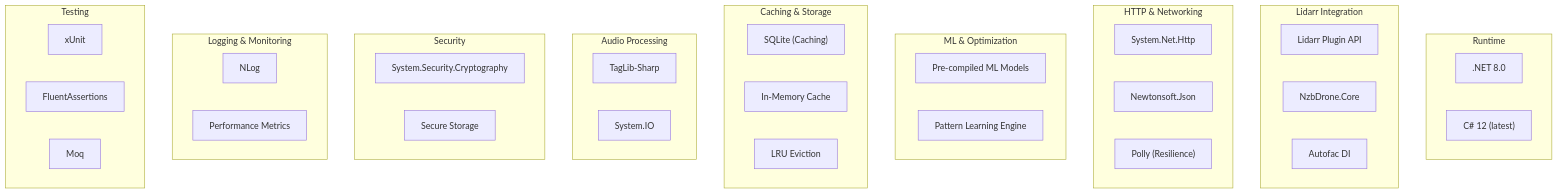
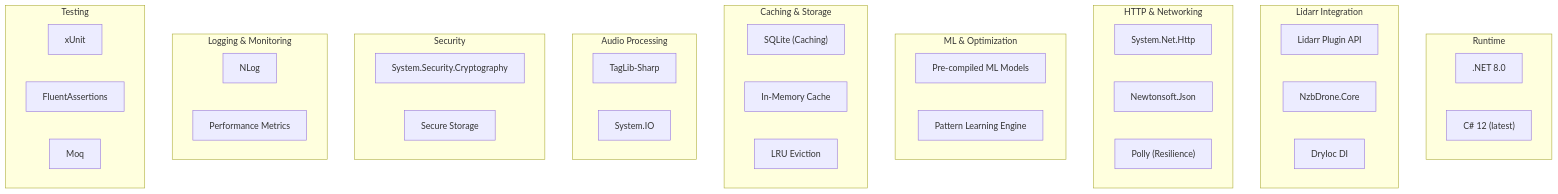
The eighth of 25 diagrams in docs/ARCHITECTURE.md (RicherTunes/Qobuzarr), drawn with Mermaid before and after one commit. The commit also changed other lines of this file and 19 other files, not shown here.

````diff
--- a/docs/ARCHITECTURE.md
+++ b/docs/ARCHITECTURE.md
@@ -366,51 +368,51 @@
 ```mermaid
 graph TB
     subgraph "Runtime"
         NET8[".NET 8.0"]
         CSharp["C# 12 (latest)"]
     end
     
     subgraph "Lidarr Integration"
         LidarrAPI["Lidarr Plugin API"]
         NzbDrone["NzbDrone.Core"]
-        Autofac["Autofac DI"]
+        DryIoc["DryIoc DI"]
     end
     
     subgraph "HTTP & Networking"
         HttpClient["System.Net.Http"]
         Newtonsoft["Newtonsoft.Json"]
         Polly["Polly (Resilience)"]
     end
     
     subgraph "ML & Optimization"
         MLNet["Pre-compiled ML Models"]
         PatternEngine["Pattern Learning Engine"]
     end
     
     subgraph "Caching & Storage"
         SQLite["SQLite (Caching)"]
         MemoryCache["In-Memory Cache"]
         LRU["LRU Eviction"]
     end
     
     subgraph "Audio Processing"
         TagLibSharp["TagLib-Sharp"]
         FileIO["System.IO"]
     end
     
     subgraph "Security"
         Crypto["System.Security.Cryptography"]
         SecureString["Secure Storage"]
     end
     
     subgraph "Logging & Monitoring"
         NLog["NLog"]
         Metrics["Performance Metrics"]
     end
     
     subgraph "Testing"
         XUnit["xUnit"]
         FluentAssertions["FluentAssertions"]
         Moq["Moq"]
     end
 ```
````
